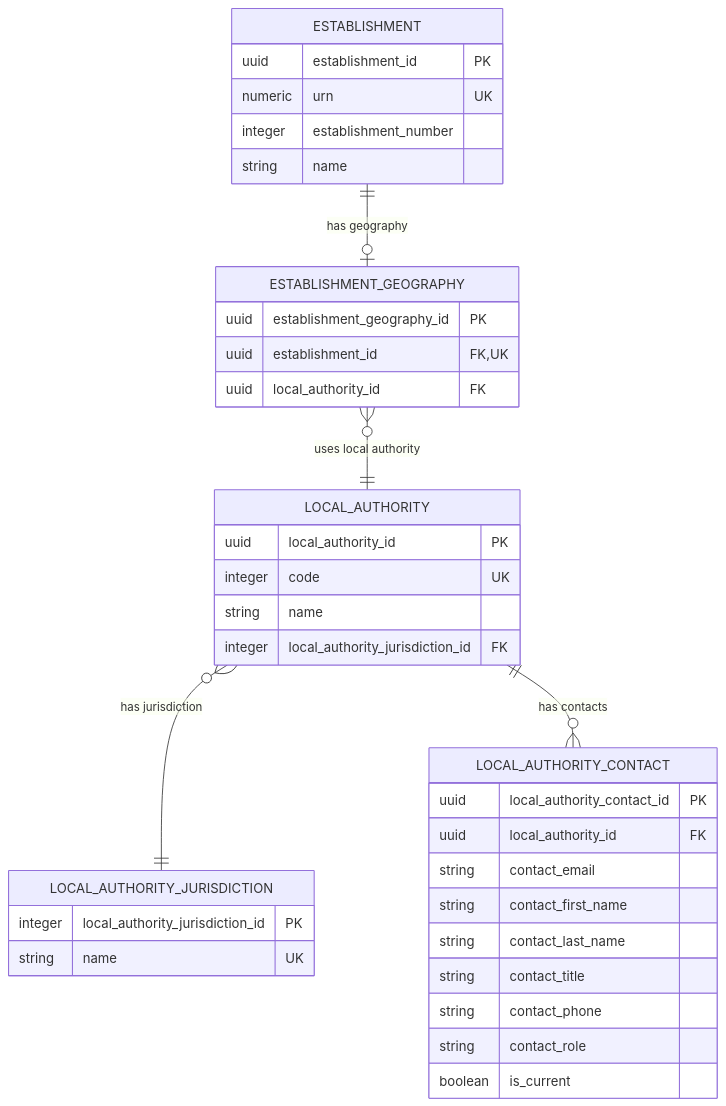
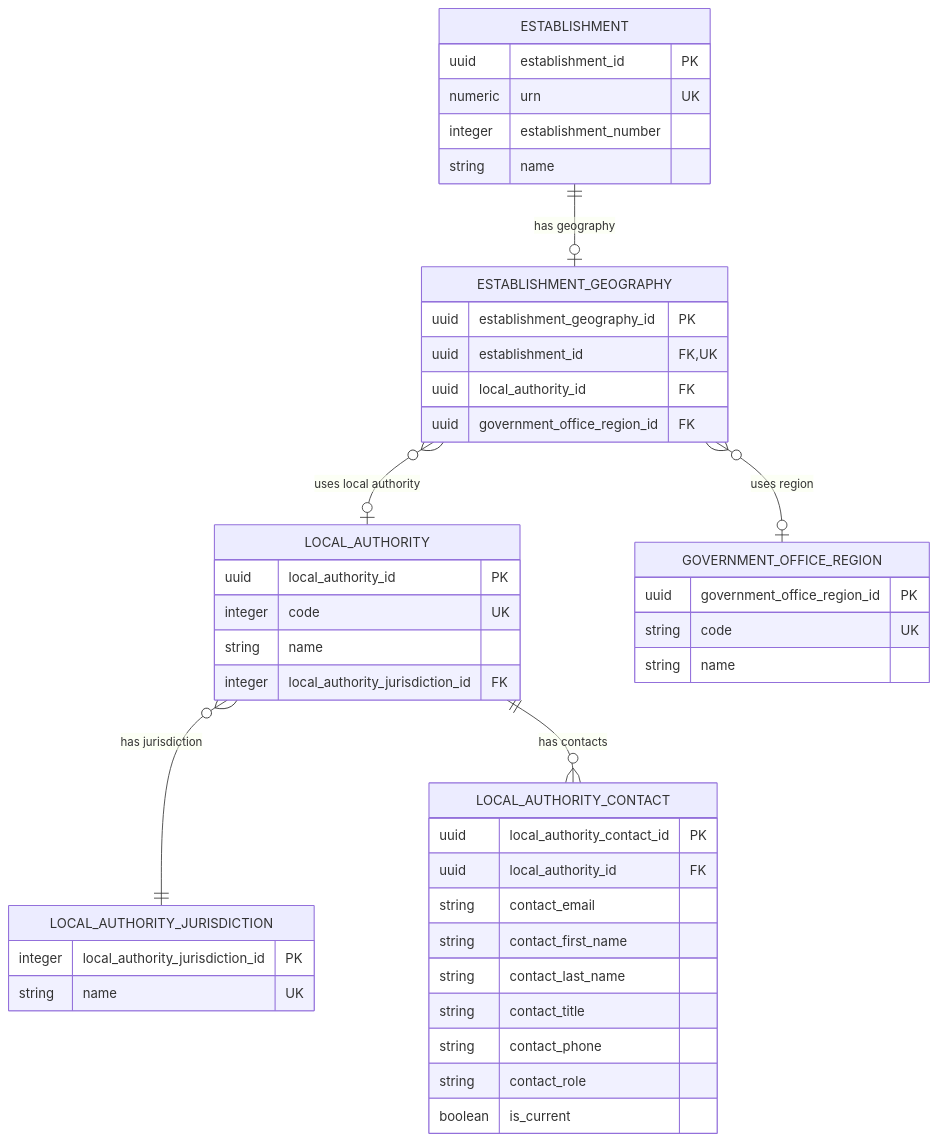
One commit to DFE-Digital/education-provider-registry-docs changed the diagram in models/logical/establishment/geography.md. Above: the diagram before and after it, drawn with Mermaid. The commit also changed other lines of this file and 12 other files, not shown here.

````diff
--- a/models/logical/establishment/geography.md
+++ b/models/logical/establishment/geography.md
@@ -39,44 +41,52 @@
 ```mermaid
 erDiagram
     ESTABLISHMENT ||--o| ESTABLISHMENT_GEOGRAPHY : "has geography"
-    ESTABLISHMENT_GEOGRAPHY }o--|| LOCAL_AUTHORITY : "uses local authority"
+    ESTABLISHMENT_GEOGRAPHY }o--o| LOCAL_AUTHORITY : "uses local authority"
+    ESTABLISHMENT_GEOGRAPHY }o--o| GOVERNMENT_OFFICE_REGION : "uses region"
     LOCAL_AUTHORITY }o--|| LOCAL_AUTHORITY_JURISDICTION : "has jurisdiction"
     LOCAL_AUTHORITY ||--o{ LOCAL_AUTHORITY_CONTACT : "has contacts"
 
     ESTABLISHMENT {
         uuid establishment_id PK
         numeric urn UK
         integer establishment_number
         string name
     }
 
     ESTABLISHMENT_GEOGRAPHY {
         uuid establishment_geography_id PK
         uuid establishment_id FK, UK
         uuid local_authority_id FK
+        uuid government_office_region_id FK
+    }
+
+    GOVERNMENT_OFFICE_REGION {
+        uuid government_office_region_id PK
+        string code UK
+        string name
     }
 
     LOCAL_AUTHORITY {
         uuid local_authority_id PK
         integer code UK
         string name
         integer local_authority_jurisdiction_id FK
     }
 
     LOCAL_AUTHORITY_CONTACT {
         uuid local_authority_contact_id PK
         uuid local_authority_id FK
         string contact_email
         string contact_first_name
         string contact_last_name
         string contact_title
         string contact_phone
         string contact_role
         boolean is_current
     }
 
     LOCAL_AUTHORITY_JURISDICTION {
         integer local_authority_jurisdiction_id PK
         string name UK
     }
 ```
````
